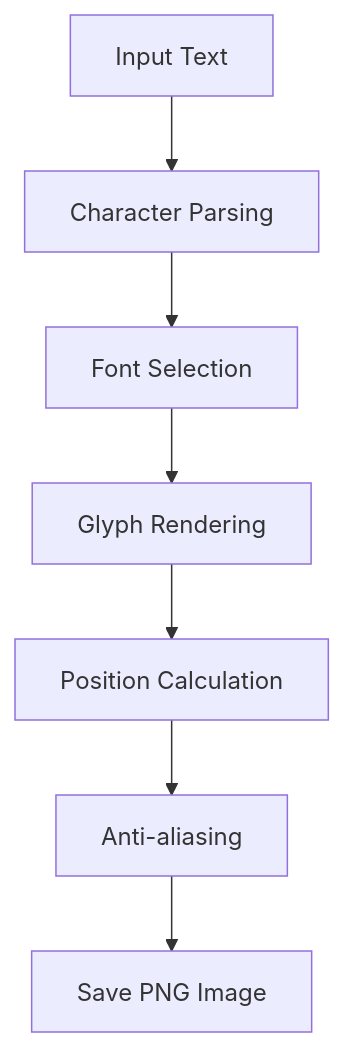
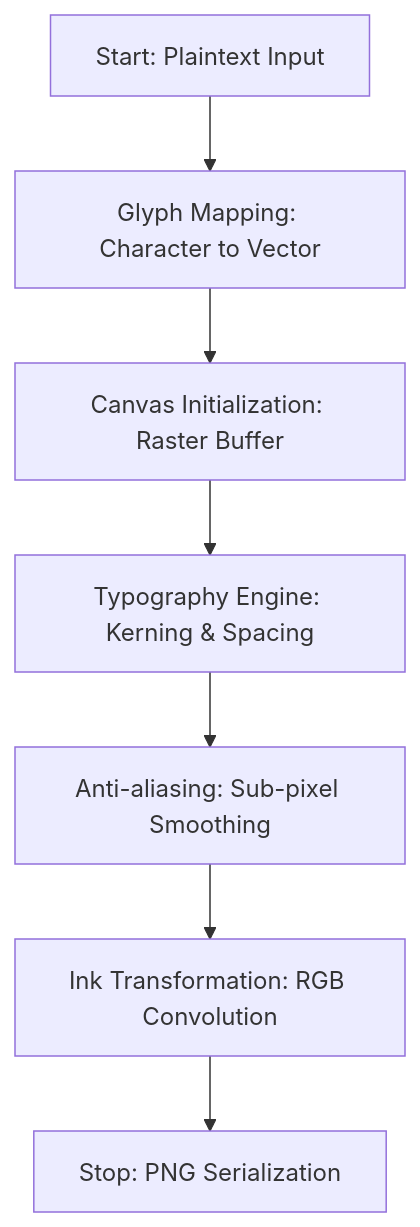
One commit to Amey-Thakur/PYTHON-SHORTS changed the first of 2 diagrams in Source Code/Text to Handwriting/README.md. Above: the diagram before and after it, drawn with Mermaid. The commit also changed other lines of this file and 1 other file, not shown here.

````diff
--- a/Source Code/Text to Handwriting/README.md
+++ b/Source Code/Text to Handwriting/README.md
@@ -65,9 +64,9 @@
 ```mermaid
-graph TD
-    A[Input Text] --> B[Character Parsing]
-    B --> C[Font Selection]
-    C --> D[Glyph Rendering]
-    D --> E[Position Calculation]
-    E --> F[Anti-aliasing]
-    F --> G[Save PNG Image]
+flowchart TD
+    A["Start: Plaintext Input"] --> B["Glyph Mapping: Character to Vector"]
+    B --> C["Canvas Initialization: Raster Buffer"]
+    C --> D["Typography Engine: Kerning & Spacing"]
+    D --> E["Anti-aliasing: Sub-pixel Smoothing"]
+    E --> F["Ink Transformation: RGB Convolution"]
+    F --> G["Stop: PNG Serialization"]
 ```
````
